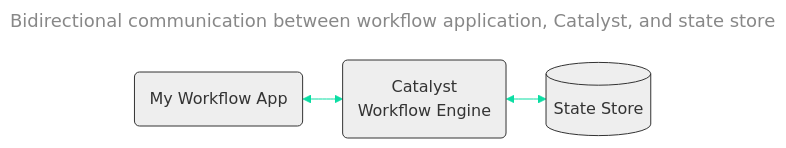
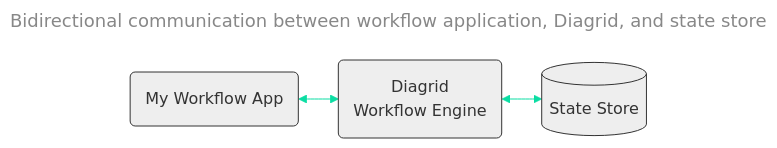
Before and after one commit to diagrid-labs/content-creation: the third of 4 diagrams in .claude/skills/mermaid/SKILL.md, drawn with Mermaid. The commit also changed other lines of this file and 1 other file, not shown here.

First line of the commit message:
Use Diagrid instead of Catalyst in the Mermaid and post skills

````diff
--- a/.claude/skills/mermaid/SKILL.md
+++ b/.claude/skills/mermaid/SKILL.md
@@ -96,26 +96,26 @@
 ```mermaid
 ---
-title: Bidirectional communication between workflow  application, Catalyst, and state store
+title: Bidirectional communication between workflow  application, Diagrid, and state store
 config:
   theme: 'base'
   themeVariables:
     textColor: '#888'
     titleColor: '#333'
     background: '#EEE'
     primaryColor: '#EEE'
     primaryTextColor: '#333'
     primaryBorderColor: '#333'
     lineColor: '#0bdda3'
   flowchart:
     nodeSpacing: 60
     rankSpacing: 40
 ---
 flowchart LR
   APP(My Workflow App)
-  CAT(Catalyst 
+  CAT(Diagrid 
   Workflow Engine)
   STORAGE[(State Store)]
   APP<-->CAT
   CAT<-->STORAGE
 
 ```
````
